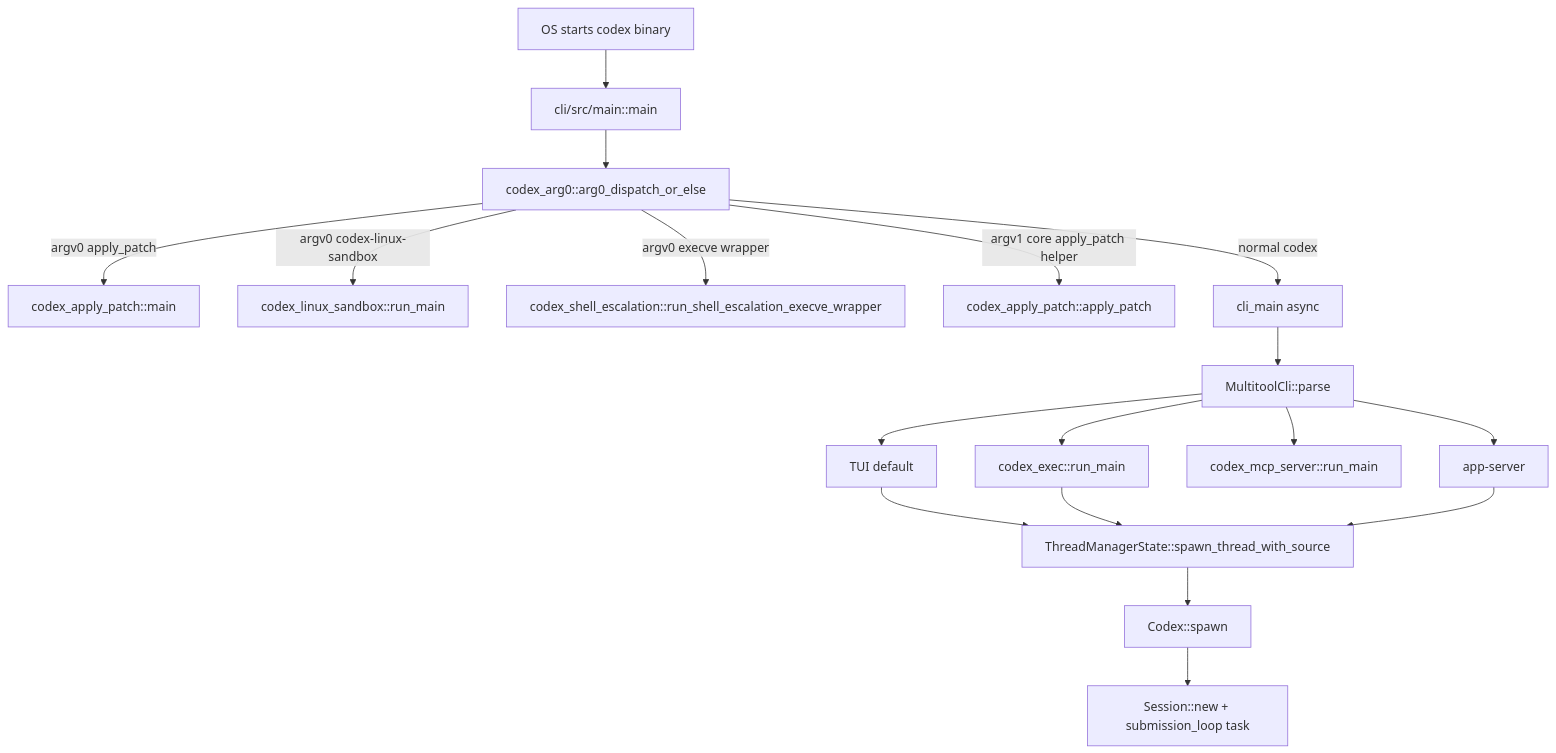
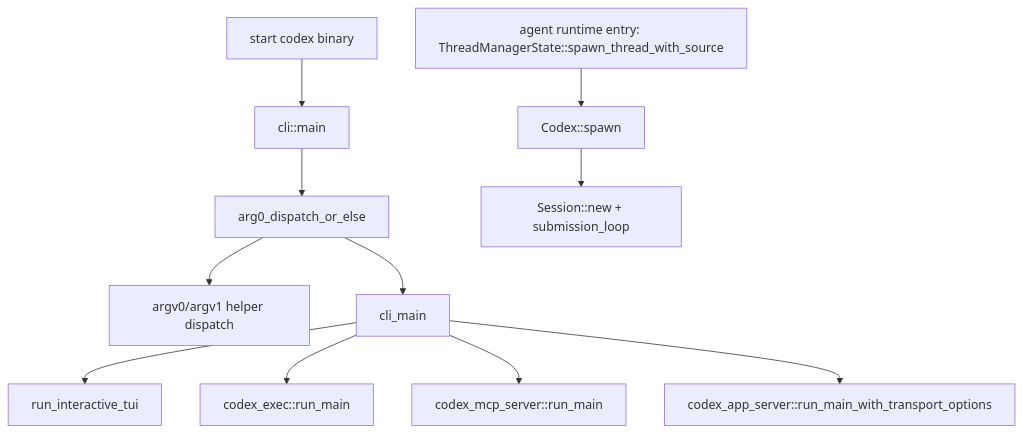
Before and after one commit to wdnmdtonyma/SOTA-Agent-LLM-Wiki: the diagram in docs/llm-wiki/codex/spine/process-lifecycle.md, drawn with Mermaid. The commit also changed other lines of this file and 188 other files, not shown here.

````diff
--- a/docs/llm-wiki/codex/spine/process-lifecycle.md
+++ b/docs/llm-wiki/codex/spine/process-lifecycle.md
@@ -24,20 +23,14 @@
 ```mermaid
 flowchart TD
-    OS["OS starts codex binary"] --> MAIN["cli/src/main::main"]
-    MAIN --> ARG0["codex_arg0::arg0_dispatch_or_else"]
-    ARG0 -->|argv0 apply_patch| APPLY["codex_apply_patch::main"]
-    ARG0 -->|argv0 codex-linux-sandbox| LINUX["codex_linux_sandbox::run_main"]
-    ARG0 -->|argv0 execve wrapper| WRAP["codex_shell_escalation::run_shell_escalation_execve_wrapper"]
-    ARG0 -->|argv1 core apply_patch helper| COREPATCH["codex_apply_patch::apply_patch"]
-    ARG0 -->|normal codex| CLIMAIN["cli_main async"]
-    CLIMAIN --> PARSE["MultitoolCli::parse"]
-    PARSE --> TUI["TUI default"]
-    PARSE --> EXEC["codex_exec::run_main"]
-    PARSE --> MCP["codex_mcp_server::run_main"]
-    PARSE --> APPS["app-server"]
-    TUI --> THREAD["ThreadManagerState::spawn_thread_with_source"]
-    EXEC --> THREAD
-    APPS --> THREAD
-    THREAD --> CODEX["Codex::spawn"]
-    CODEX --> SESSION["Session::new + submission_loop task"]
+    OS["start codex binary"] --> MAIN["cli::main"]
+    MAIN --> ARG0["arg0_dispatch_or_else"]
+    ARG0 --> ALIAS["argv0/argv1 helper dispatch"]
+    ARG0 --> CLI["cli_main"]
+    CLI --> TUI["run_interactive_tui"]
+    CLI --> EXEC["codex_exec::run_main"]
+    CLI --> MCP["codex_mcp_server::run_main"]
+    CLI --> APP["codex_app_server::run_main_with_transport_options"]
+    TM["agent runtime entry: ThreadManagerState::spawn_thread_with_source"]
+    TM --> CODEX["Codex::spawn"]
+    CODEX --> SESSION["Session::new + submission_loop"]
 ```
````
